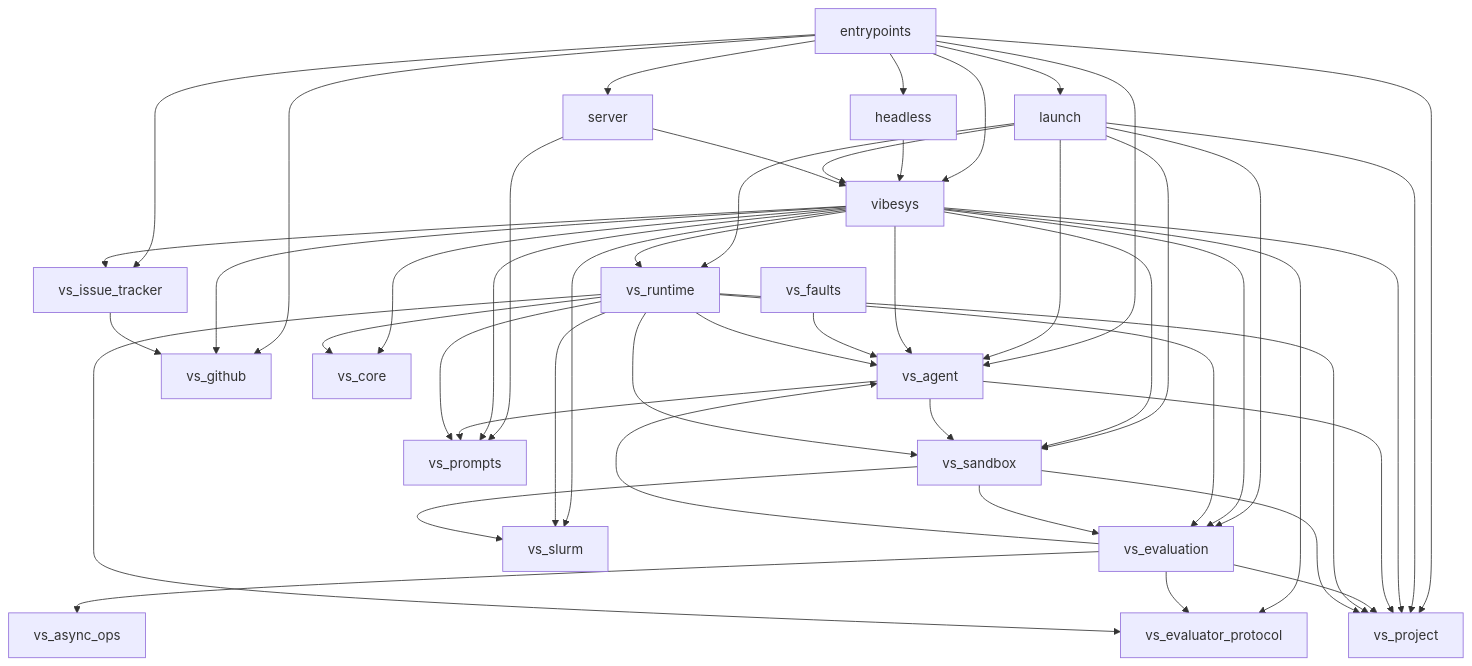
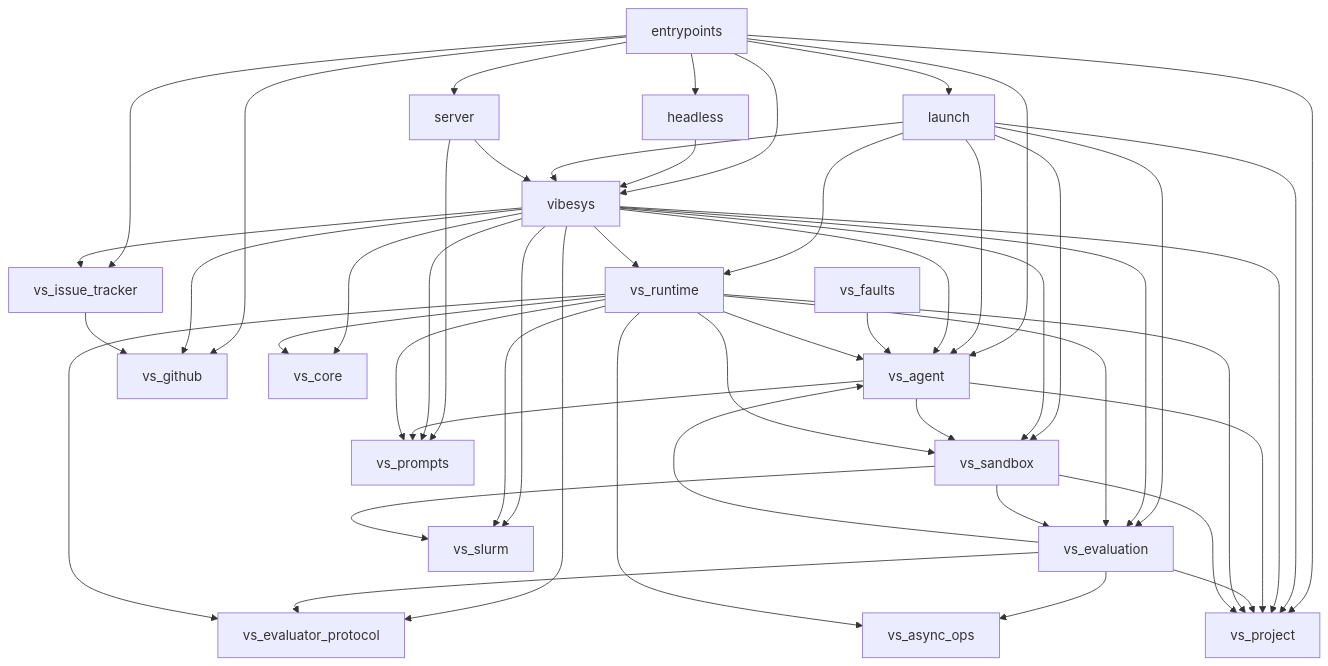
Before and after one commit to uw-syfi/vibesys: the diagram in docs/contributing/architecture.md, drawn with Mermaid. The commit also changed 6 other files, not shown here.

````diff
--- a/docs/contributing/architecture.md
+++ b/docs/contributing/architecture.md
@@ -87,51 +87,52 @@
 ```mermaid
 graph TD
     entrypoints --> headless
     entrypoints --> launch
     entrypoints --> server
     entrypoints --> vibesys
     entrypoints --> vs_agent
     entrypoints --> vs_github
     entrypoints --> vs_issue_tracker
     entrypoints --> vs_project
     headless --> vibesys
     launch --> vibesys
     launch --> vs_agent
     launch --> vs_evaluation
     launch --> vs_project
     launch --> vs_runtime
     launch --> vs_sandbox
     server --> vibesys
     server --> vs_prompts
     vibesys --> vs_agent
     vibesys --> vs_core
     vibesys --> vs_evaluation
     vibesys --> vs_evaluator_protocol
     vibesys --> vs_github
     vibesys --> vs_issue_tracker
     vibesys --> vs_project
     vibesys --> vs_prompts
     vibesys --> vs_runtime
     vibesys --> vs_sandbox
     vibesys --> vs_slurm
     vs_agent --> vs_project
     vs_agent --> vs_prompts
     vs_agent --> vs_sandbox
     vs_evaluation --> vs_agent
     vs_evaluation --> vs_async_ops
     vs_evaluation --> vs_evaluator_protocol
     vs_evaluation --> vs_project
     vs_faults --> vs_agent
     vs_issue_tracker --> vs_github
     vs_runtime --> vs_agent
+    vs_runtime --> vs_async_ops
     vs_runtime --> vs_core
     vs_runtime --> vs_evaluation
     vs_runtime --> vs_evaluator_protocol
     vs_runtime --> vs_project
     vs_runtime --> vs_prompts
     vs_runtime --> vs_sandbox
     vs_runtime --> vs_slurm
     vs_sandbox --> vs_evaluation
     vs_sandbox --> vs_project
     vs_sandbox --> vs_slurm
 ```
````
